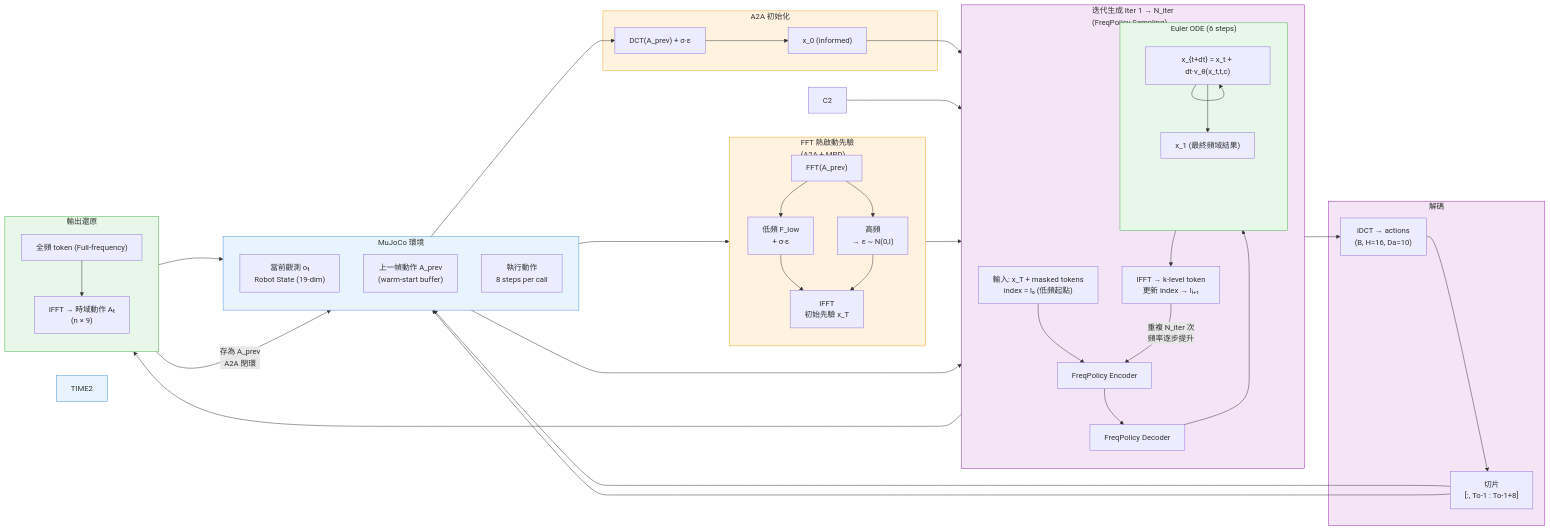
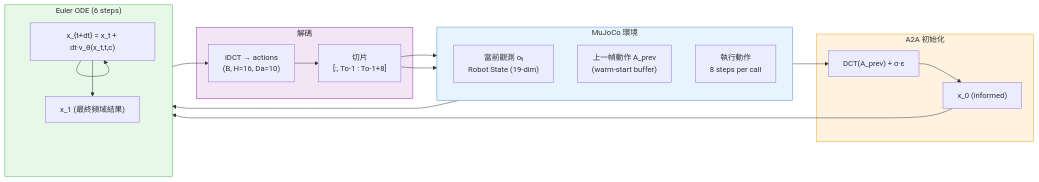
One commit to sodchuang/Spectral-Adaptive-Modulated-Prior-Diffusion changed the second of 2 diagrams in README.md. Above: the diagram before and after it, drawn with Mermaid. The commit also changed other lines of this file, not shown here.

````diff
--- a/README.md
+++ b/README.md
@@ -58,73 +189,35 @@
 ```mermaid
 flowchart LR
     subgraph ENV["MuJoCo 環境"]
         direction TB
         OT["當前觀測 oₜ\nRobot State (19-dim)"]
         AT_PREV["上一幀動作 A_prev\n(warm-start buffer)"]
         ROBOT["執行動作\n8 steps per call"]
     end
 
     subgraph WARMSTART["A2A 初始化"]
         AT_PREV --> DCT2["DCT(A_prev) + σ·ε"]
         DCT2 --> X0I["x_0 (informed)"]
     end
 
     subgraph ODE["Euler ODE (6 steps)"]
         direction TB
         X0I --> STEP["x_{t+dt} = x_t + dt·v_θ(x_t,t,c)"]
         STEP --> STEP
         STEP --> X1["x_1 (最終頻域結果)"]
     end
 
     subgraph DECODE["解碼"]
         X1 --> IDCT["iDCT → actions\n(B, H=16, Da=10)"]
         IDCT --> SLICE["切片\n[:, To-1 : To-1+8]"]
     end
 
     OT --> ODE
     SLICE --> ROBOT
     SLICE --> AT_PREV
 
     style ENV fill:#e8f4fd,stroke:#4a90d9
     style WARMSTART fill:#fff3e0,stroke:#f5a623
     style ODE fill:#e8f8e8,stroke:#4caf50
     style DECODE fill:#f3e5f5,stroke:#9c27b0
-
-    subgraph PRIOR3["FFT 熱啟動先驗\n(A2A + MPD)"]
-        direction TB
-        AT_PREV --> FFT3["FFT(A_prev)"]
-        FFT3 --> LOW3["低頻 F_low\n+ σ·ε"]
-        FFT3 --> HIGH3["高頻\n→ ε ~ N(0,I)"]
-        LOW3 --> IFFT3["IFFT\n初始先驗 x_T"]
-        HIGH3 --> IFFT3
-    end
-
-    subgraph ITER_BLOCK["迭代生成 Iter 1 → N_iter\n(FreqPolicy Sampling)"]
-        direction TB
-        ITER_IN["輸入: x_T + masked tokens\nindex = l₀ (低頻起點)"]
-        ENC_I2["FreqPolicy Encoder"]
-        DEC_I2["FreqPolicy Decoder"]
-        ODE["Flow Matching ODE\n1~3 步去噪"]
-        IFFT_I2["IFFT → k-level token\n更新 index → lᵢ₊₁"]
-        ITER_IN --> ENC_I2 --> DEC_I2 --> ODE --> IFFT_I2
-        IFFT_I2 -->|"重複 N_iter 次\n頻率逐步提升"| ENC_I2
-    end
-
-    subgraph OUT_BLOCK["輸出還原"]
-        direction TB
-        FULL2["全頻 token (Full-frequency)"]
-        IFFT_OUT2["IFFT → 時域動作 Aₜ\n(n × 9)"]
-        FULL2 --> IFFT_OUT2
-    end
-
-    C2 --> ITER_IN
-    IFFT3 --> ITER_IN
-    IFFT_I2 --> FULL2
-    IFFT_OUT2 --> ROBOT
-    IFFT_OUT2 -->|"存為 A_prev\nA2A 閉環"| AT_PREV
-
-    style TIME2 fill:#e8f4fd,stroke:#4a90d9
-    style PRIOR3 fill:#fff3e0,stroke:#f5a623
-    style ITER_BLOCK fill:#f3e5f5,stroke:#9c27b0
-    style OUT_BLOCK fill:#e8f8e8,stroke:#4caf50
 ```
````
